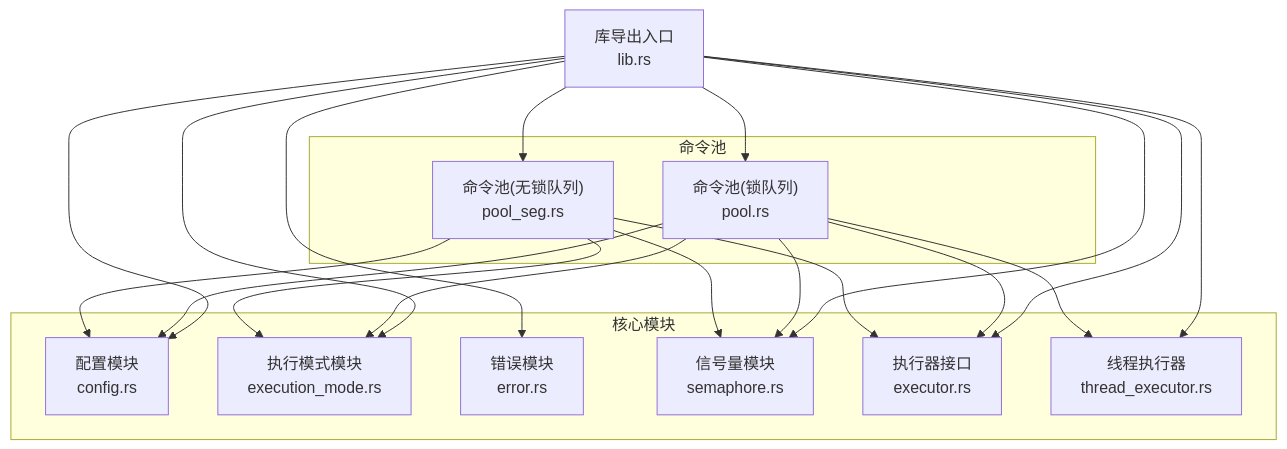
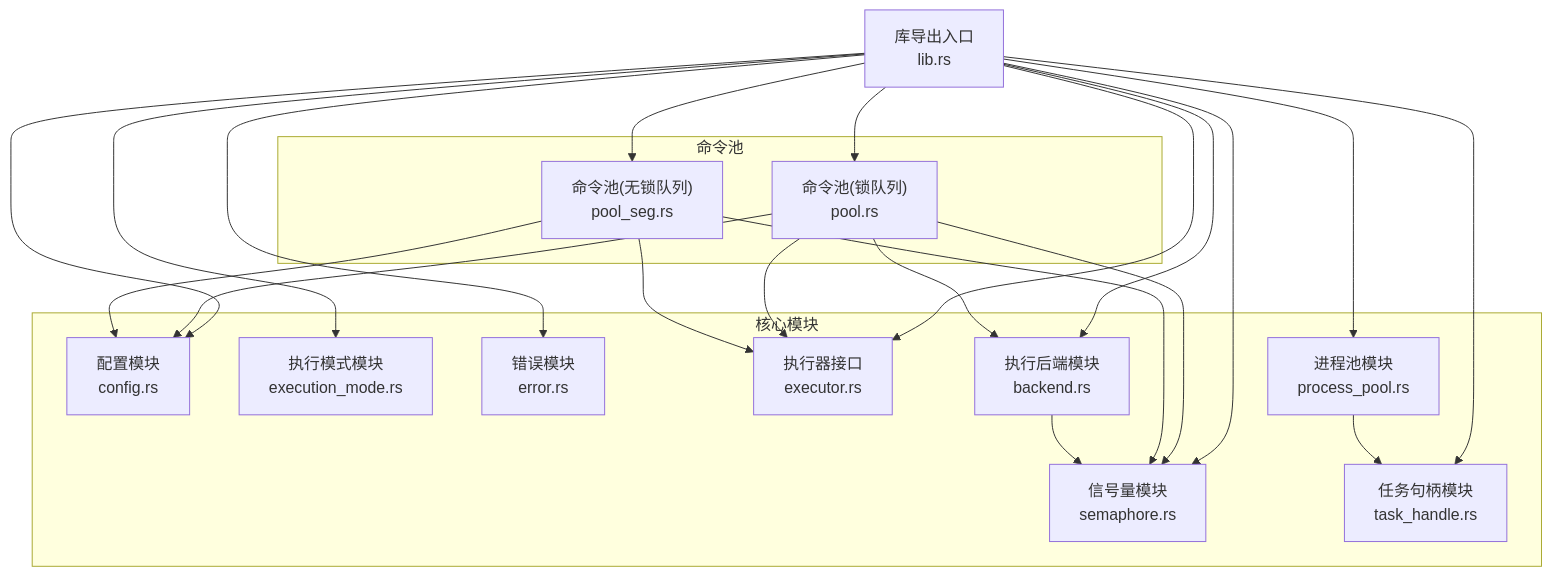
The first of 10 diagrams in .qoder/repowiki/zh/content/并发控制机制.md (xcry2006/execute), drawn with Mermaid before and after one commit. The commit also changed other lines of this file and 9 other files, not shown here.

````diff
--- a/.qoder/repowiki/zh/content/并发控制机制.md
+++ b/.qoder/repowiki/zh/content/并发控制机制.md
@@ -40,33 +40,37 @@
 ```mermaid
 graph TB
 subgraph "核心模块"
 CFG["配置模块<br/>config.rs"]
 MODE["执行模式模块<br/>execution_mode.rs"]
 ERR["错误模块<br/>error.rs"]
 SEM["信号量模块<br/>semaphore.rs"]
 EXE["执行器接口<br/>executor.rs"]
-THR["线程执行器<br/>thread_executor.rs"]
+BACKEND["执行后端模块<br/>backend.rs"]
+PROCESS_POOL["进程池模块<br/>process_pool.rs"]
+TASK_HANDLE["任务句柄模块<br/>task_handle.rs"]
 end
 subgraph "命令池"
 POOL["命令池(锁队列)<br/>pool.rs"]
 POOLSEG["命令池(无锁队列)<br/>pool_seg.rs"]
 end
 LIB["库导出入口<br/>lib.rs"]
 LIB --> CFG
 LIB --> MODE
 LIB --> ERR
 LIB --> SEM
 LIB --> EXE
-LIB --> THR
+LIB --> BACKEND
+LIB --> PROCESS_POOL
+LIB --> TASK_HANDLE
 LIB --> POOL
 LIB --> POOLSEG
 POOL --> SEM
 POOL --> EXE
-POOL --> THR
-POOL --> MODE
+POOL --> BACKEND
 POOL --> CFG
 POOLSEG --> SEM
 POOLSEG --> EXE
-POOLSEG --> MODE
 POOLSEG --> CFG
+BACKEND --> SEM
+PROCESS_POOL --> TASK_HANDLE
 ```
````
